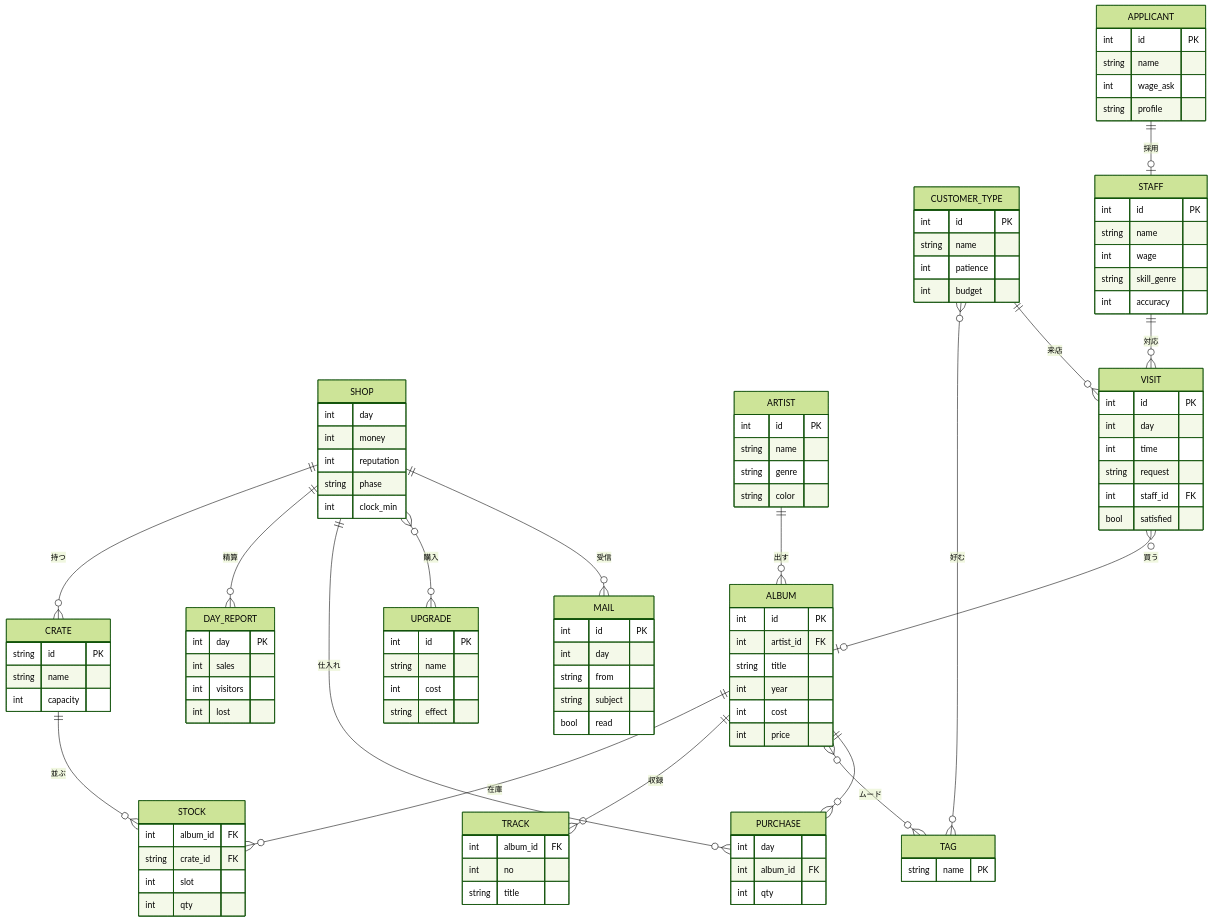
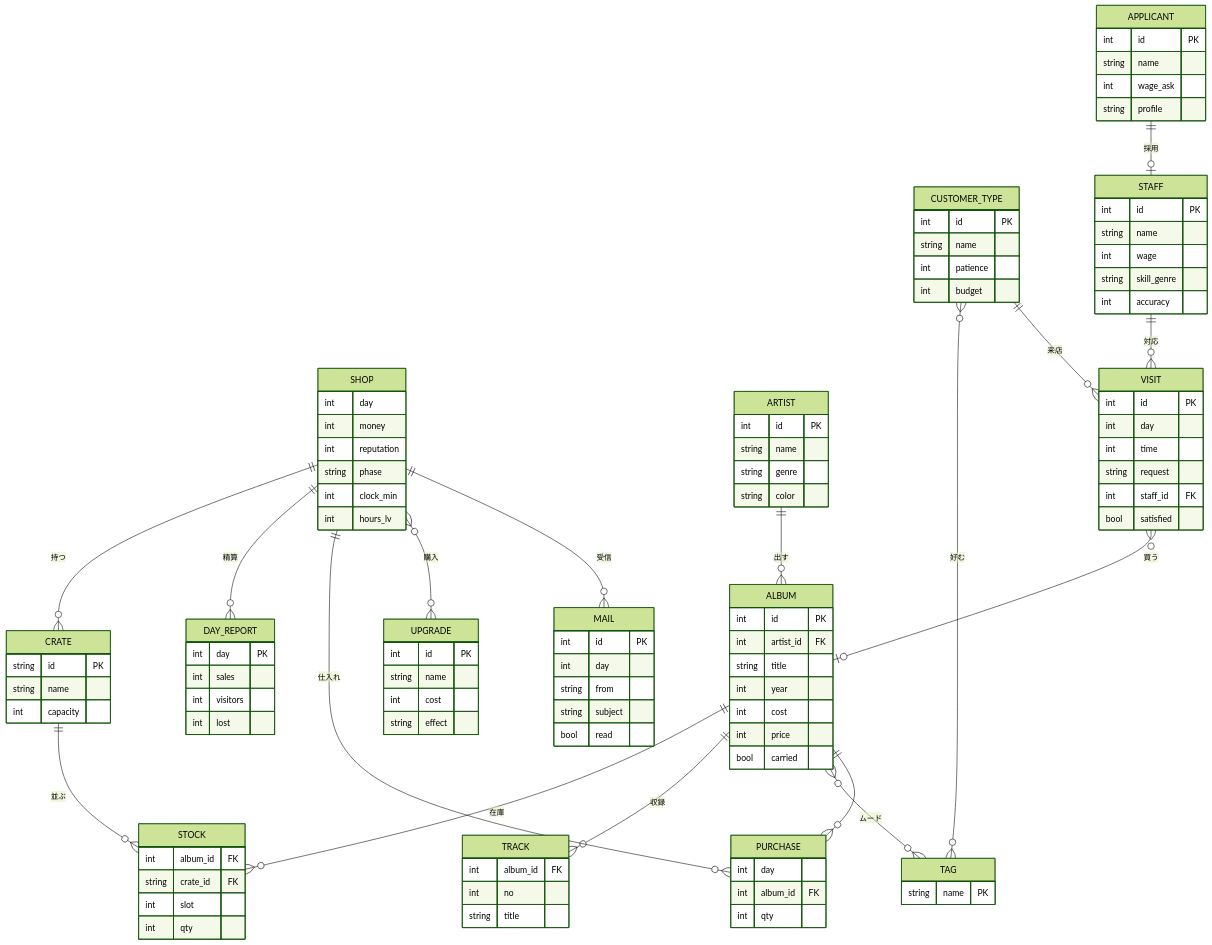
The diagram in docs/design.md (sin-skull/record-shop), drawn with Mermaid (forest theme) before and after one commit. The commit also changed other lines of this file and 2 other files, not shown here.

````diff
--- a/docs/design.md
+++ b/docs/design.md
@@ -30,34 +31,34 @@
 ```mermaid
 erDiagram
   SHOP ||--o{ CRATE : "持つ"
   CRATE ||--o{ STOCK : "並ぶ"
   ALBUM ||--o{ STOCK : "在庫"
   ARTIST ||--o{ ALBUM : "出す"
   ALBUM ||--o{ TRACK : "収録"
   ALBUM }o--o{ TAG : "ムード"
   CUSTOMER_TYPE }o--o{ TAG : "好む"
   CUSTOMER_TYPE ||--o{ VISIT : "来店"
   VISIT }o--o| ALBUM : "買う"
   STAFF ||--o{ VISIT : "対応"
   APPLICANT ||--o| STAFF : "採用"
   SHOP ||--o{ DAY_REPORT : "精算"
   SHOP ||--o{ PURCHASE : "仕入れ"
   ALBUM ||--o{ PURCHASE : ""
   SHOP }o--o{ UPGRADE : "購入"
   SHOP ||--o{ MAIL : "受信"
-  SHOP { int day int money int reputation string phase int clock_min }
+  SHOP { int day int money int reputation string phase int clock_min int hours_lv }
   CRATE { string id PK string name int capacity }
   STOCK { int album_id FK string crate_id FK int slot int qty }
-  ALBUM { int id PK int artist_id FK string title int year int cost int price }
+  ALBUM { int id PK int artist_id FK string title int year int cost int price bool carried }
   ARTIST { int id PK string name string genre string color }
   TRACK { int album_id FK int no string title }
   TAG { string name PK }
   CUSTOMER_TYPE { int id PK string name int patience int budget }
   VISIT { int id PK int day int time string request int staff_id FK bool satisfied }
   STAFF { int id PK string name int wage string skill_genre int accuracy }
   APPLICANT { int id PK string name int wage_ask string profile }
   DAY_REPORT { int day PK int sales int visitors int lost }
   PURCHASE { int day int album_id FK int qty }
   UPGRADE { int id PK string name int cost string effect }
   MAIL { int id PK int day string from string subject bool read }
 ```
````
